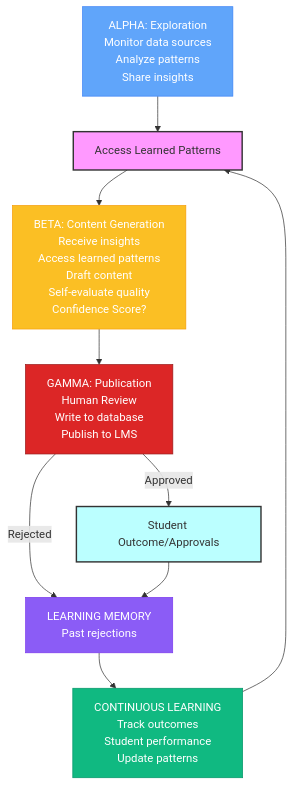
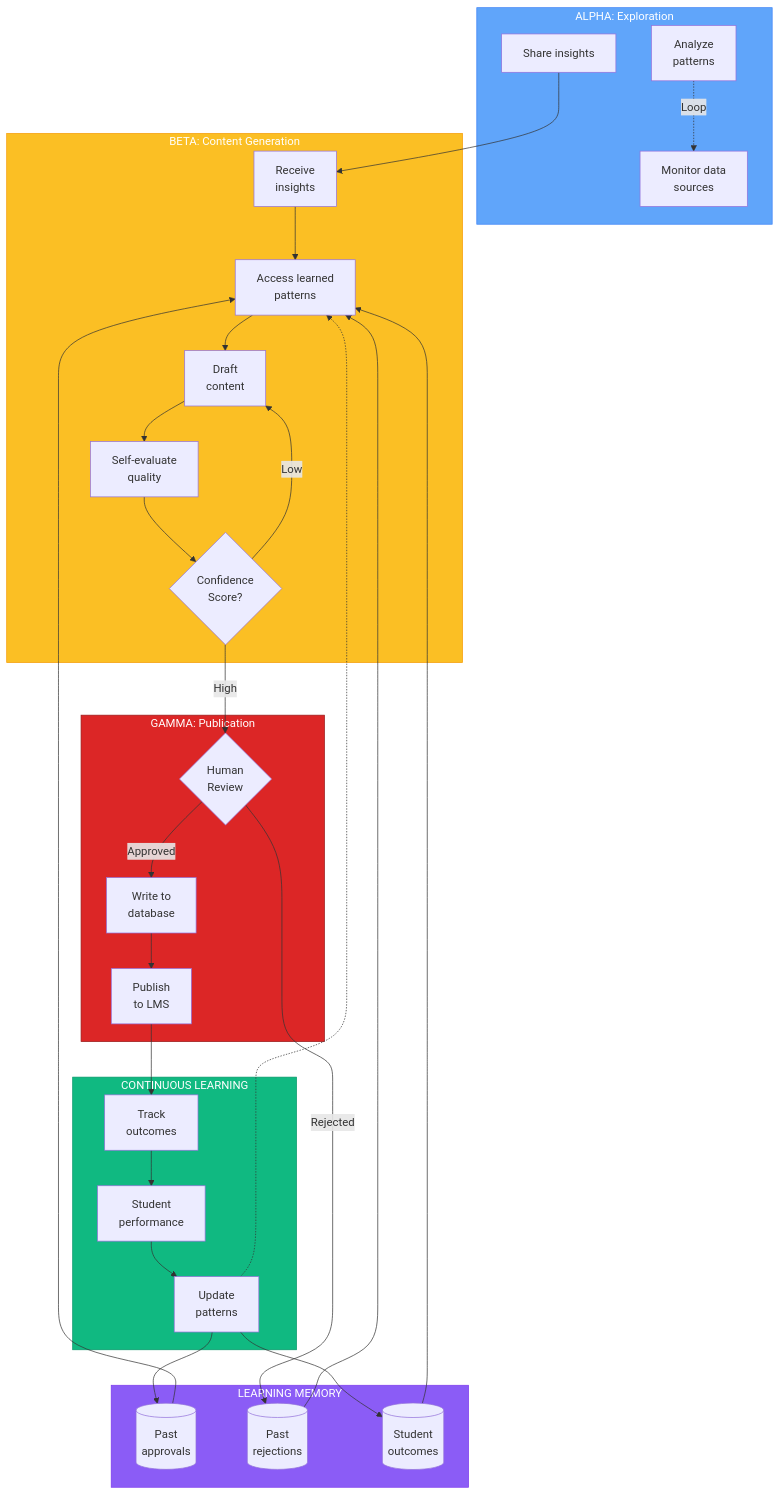
Before and after one commit to Lizo-RoadTown/Portfolio: the second of 4 diagrams in demos/bronco-demo/architecture.md, drawn with Mermaid.

Commit message:
style: restore original subgraph style and color to agent workflow diagram, keep circular flow

````diff
--- a/demos/bronco-demo/architecture.md
+++ b/demos/bronco-demo/architecture.md
@@ -111,30 +111,55 @@
 ```mermaid
 flowchart TD
-    Alpha["ALPHA: Exploration<br>Monitor data sources<br>Analyze patterns<br>Share insights"] --> Access["Access Learned Patterns"]
+    subgraph ALPHA["ALPHA: Exploration"]
+        A1[Monitor data<br/>sources]
+        A2[Analyze<br/>patterns]
+        A3[Share insights]
+    end
 
-    %% Main Circle
-    Access --> Beta["BETA: Content Generation<br>Receive insights<br>Access learned patterns<br>Draft content<br>Self-evaluate quality<br>Confidence Score?"]
-    Beta --> Gamma["GAMMA: Publication<br>Human Review<br>Write to database<br>Publish to LMS"]
-    Gamma -->|Rejected| Memory["LEARNING MEMORY<br>Past rejections"]
-    Gamma -->|Approved| Outcome["Student Outcome/Approvals"]
-    Memory --> Continuous["CONTINUOUS LEARNING<br>Track outcomes<br>Student performance<br>Update patterns"]
-    Outcome --> Memory
-    Continuous --> Access
+    subgraph BETA["BETA: Content Generation"]
+        B1[Receive<br/>insights]
+        B2[Access learned<br/>patterns]
+        B3[Draft<br/>content]
+        B4[Self-evaluate<br/>quality]
+        B5{Confidence<br/>Score?}
+    end
 
-    %% Visual arrangement for circle
-    classDef alpha fill:#60a5fa,stroke:#3b82f6,color:#fff;
-    classDef beta fill:#fbbf24,stroke:#f59e0b,color:#fff;
-    classDef gamma fill:#dc2626,stroke:#991b1b,color:#fff;
-    classDef memory fill:#8b5cf6,stroke:#7c3aed,color:#fff;
-    classDef continuous fill:#10b981,stroke:#059669,color:#fff;
-    classDef access fill:#f9f,stroke:#333,stroke-width:2px;
-    classDef outcome fill:#bff,stroke:#333,stroke-width:2px;
+    subgraph GAMMA["GAMMA: Publication"]
+        G1{Human<br/>Review}
+        G2[Write to<br/>database]
+        G3[Publish<br/>to LMS]
+    end
 
-    class Alpha alpha;
-    class Beta beta;
-    class Gamma gamma;
-    class Memory memory;
-    class Continuous continuous;
-    class Access access;
-    class Outcome outcome;
+    subgraph LEARNING["LEARNING MEMORY"]
+        L1[(Past<br/>approvals)]
+        L2[(Past<br/>rejections)]
+        L3[(Student<br/>outcomes)]
+    end
+
+    subgraph FEEDBACK["CONTINUOUS LEARNING"]
+        F1[Track<br/>outcomes]
+        F2[Student<br/>performance]
+        F3[Update<br/>patterns]
+    end
+
+    %% Circular flow
+    A3 --> B1
+    L1 --> B2
+    L2 --> B2
+    L3 --> B2
+    B1 --> B2 --> B3 --> B4 --> B5
+    B5 -- High --> G1
+    B5 -- Low --> B3
+    G1 -- Approved --> G2 --> G3 --> F1 --> F2 --> F3 --> L1
+    G1 -- Rejected --> L2
+    F3 --> L3
+    F3 -.-> B2
+    A2 -.->|Loop| A1
+
+    %% Style (preserved from original)
+    style ALPHA fill:#60a5fa,stroke:#3b82f6,color:#fff
+    style BETA fill:#fbbf24,stroke:#f59e0b,color:#fff
+    style LEARNING fill:#8b5cf6,stroke:#7c3aed,color:#fff
+    style GAMMA fill:#dc2626,stroke:#991b1b,color:#fff
+    style FEEDBACK fill:#10b981,stroke:#059669,color:#fff
 ```
````
